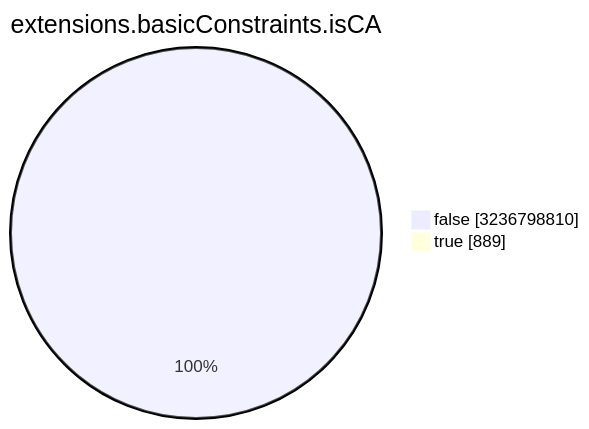
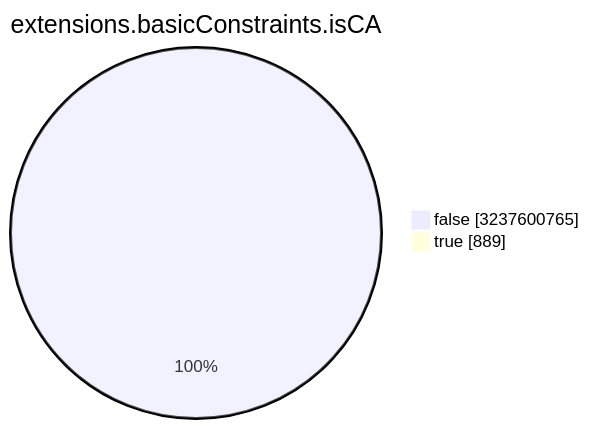
One commit to christiankrug/ctmonitor_visualization changed the seventh of 15 diagrams in TOTAL/README.md. Above: the diagram before and after it, drawn with Mermaid. The commit also changed other lines of this file, not shown here.

````diff
--- a/TOTAL/README.md
+++ b/TOTAL/README.md
@@ -3088,6 +3088,6 @@
 ```mermaid
 pie showData
 title extensions.basicConstraints.isCA
-"false" :3236798810
+"false" :3237600765
 "true" :889
 ```
````
